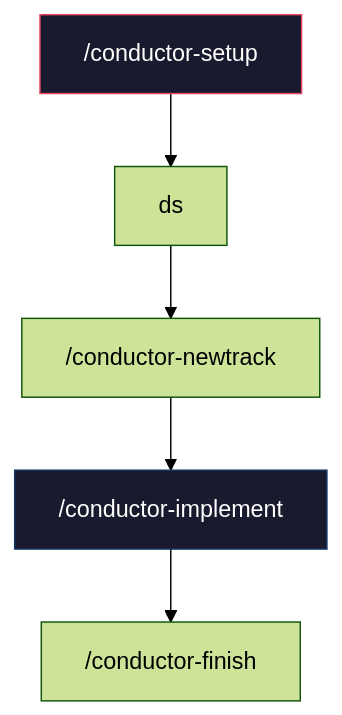
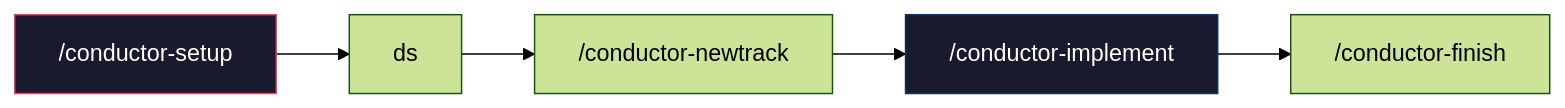
Before and after one commit to ReinaMacCredy/maestro: the diagram in SETUP_GUIDE.md, drawn with Mermaid (forest theme). The commit also changed other lines of this file and 7 other files, not shown here.

````diff
--- a/SETUP_GUIDE.md
+++ b/SETUP_GUIDE.md
@@ -143,10 +204,10 @@
 ```mermaid
-flowchart TD
+flowchart LR
     A["/conductor-setup"] --> B["ds"]
     B --> C["/conductor-newtrack"]
     C --> D["/conductor-implement"]
     D --> E["/conductor-finish"]
     
     style A fill:#1a1a2e,stroke:#e94560,color:#fff
     style D fill:#1a1a2e,stroke:#0f3460,color:#fff
 ```
````
